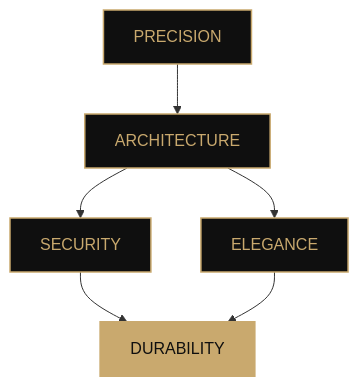
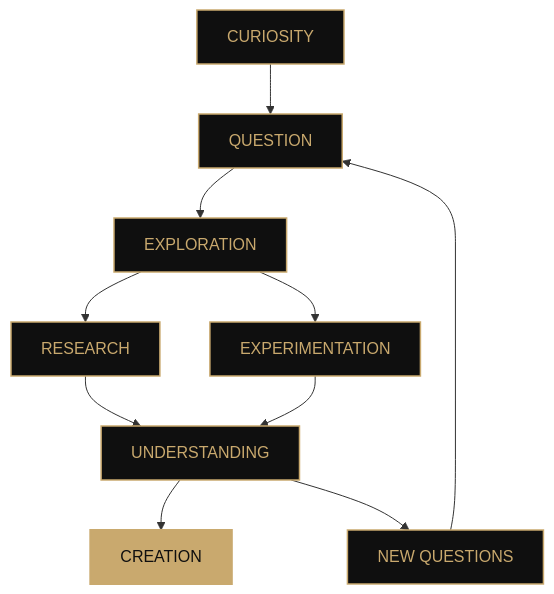
Before and after one commit to malicaeus/malicaeus: the diagram in EN-README.md, drawn with Mermaid. The commit also changed other lines of this file, not shown here.

````diff
--- a/EN-README.md
+++ b/EN-README.md
@@ -234,16 +236,22 @@
 ```mermaid
 flowchart TD
-    A["PRECISION"] --> B["ARCHITECTURE"]
+    A["CURIOSITY"] --> B["QUESTION"]
+    B --> C["EXPLORATION"]
 
-    B --> C["SECURITY"]
-    B --> D["ELEGANCE"]
+    C --> D["RESEARCH"]
+    C --> E["EXPERIMENTATION"]
 
-    C --> E["DURABILITY"]
-    D --> E
+    D --> F["UNDERSTANDING"]
+    E --> F
+
+    F --> G["CREATION"]
+    F --> H["NEW QUESTIONS"]
+
+    H --> B
 
     classDef main fill:#0f0f0f,stroke:#c9a96e,color:#c9a96e,stroke-width:1.5px;
-    classDef final fill:#c9a96e,stroke:#c9a96e,color:#0f0f0f,stroke-width:2px;
+    classDef accent fill:#c9a96e,stroke:#c9a96e,color:#0f0f0f,stroke-width:2px;
 
-    class A,B,C,D main;
-    class E final;
+    class A,B,C,D,E,F,H main;
+    class G accent;
 ```
````
